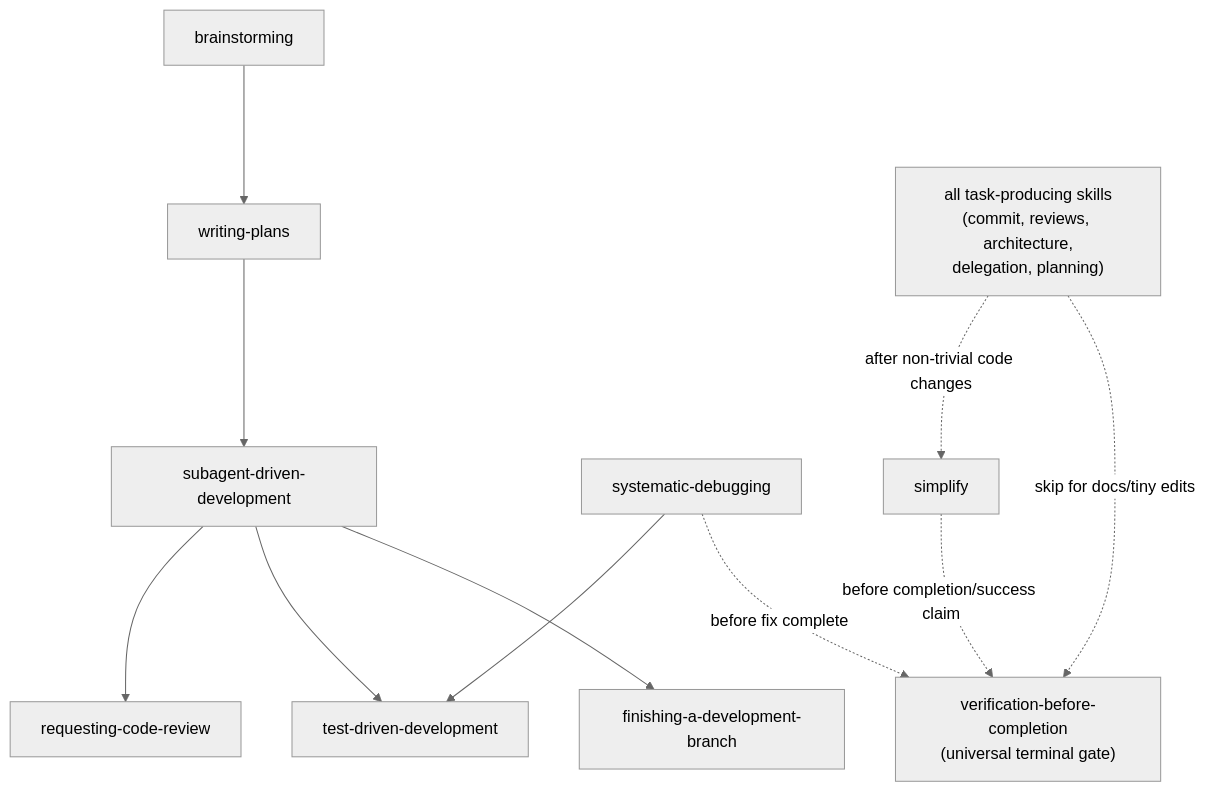
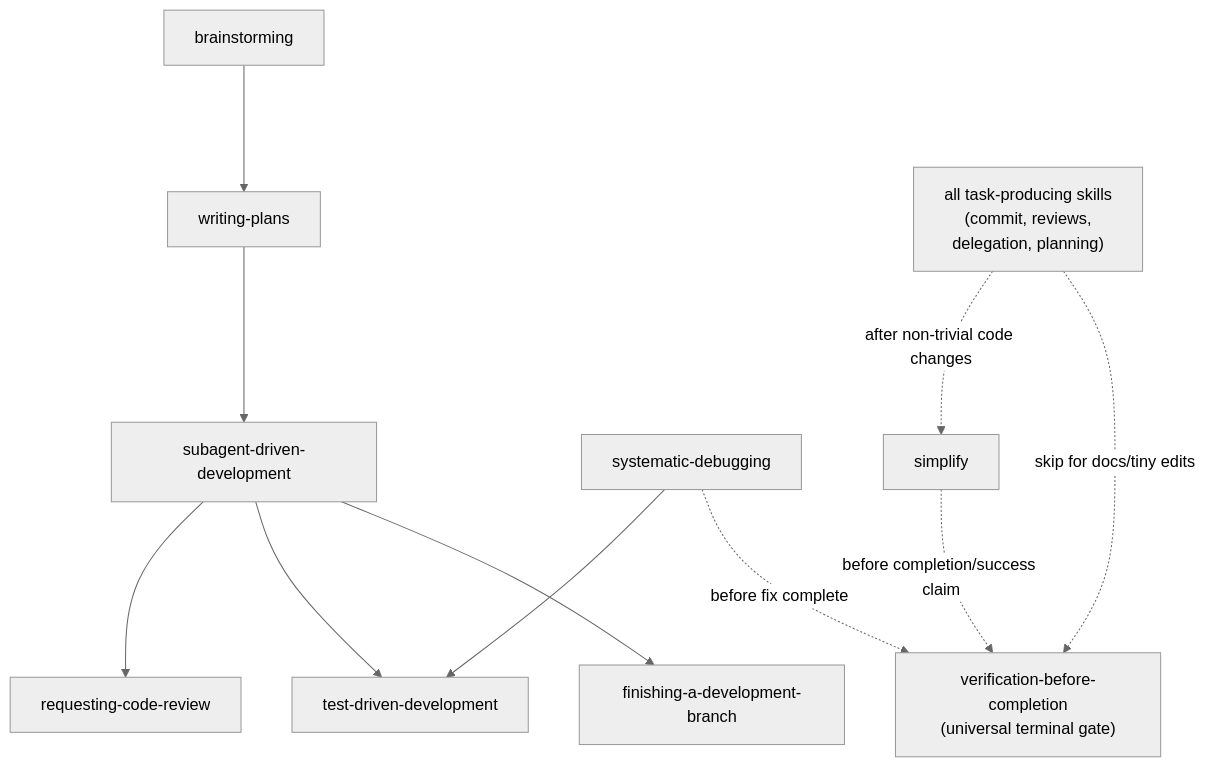
One commit to fgladisch/pi-skills changed the diagram in README.md. Above: the diagram before and after it, drawn with Mermaid (neutral theme). The commit also changed other lines of this file and 4 other files, not shown here.

Commit message:
🔥 remove: drop architecture improvement skill

````diff
--- a/README.md
+++ b/README.md
@@ -46,29 +45,29 @@
 ```mermaid
 %%{init: {'flowchart': {'nodeSpacing': 50, 'rankSpacing': 100}} }%%
 flowchart TB
   B["brainstorming"]
   WP["writing-plans"]
   SDD["subagent-driven-development"]
   RCR["requesting-code-review"]
   TDD["test-driven-development"]
   FDB["finishing-a-development-branch"]
 
   SD["systematic-debugging"]
   SIM["simplify"]
   VBC["verification-before-completion<br/>(universal terminal gate)"]
-  TASKS["all task-producing skills<br/>(commit, reviews, architecture,<br/>delegation, planning)"]
+  TASKS["all task-producing skills<br/>(commit, reviews,<br/>delegation, planning)"]
 
   B --> WP
   WP --> SDD
 
   SDD --> RCR
   SDD --> TDD
   SDD --> FDB
 
   SD --> TDD
 
   TASKS -. "after non-trivial code changes" .-> SIM
   SIM -. "before completion/success claim" .-> VBC
   TASKS -. "skip for docs/tiny edits" .-> VBC
   SD -. "before fix complete" .-> VBC
 ```
````
